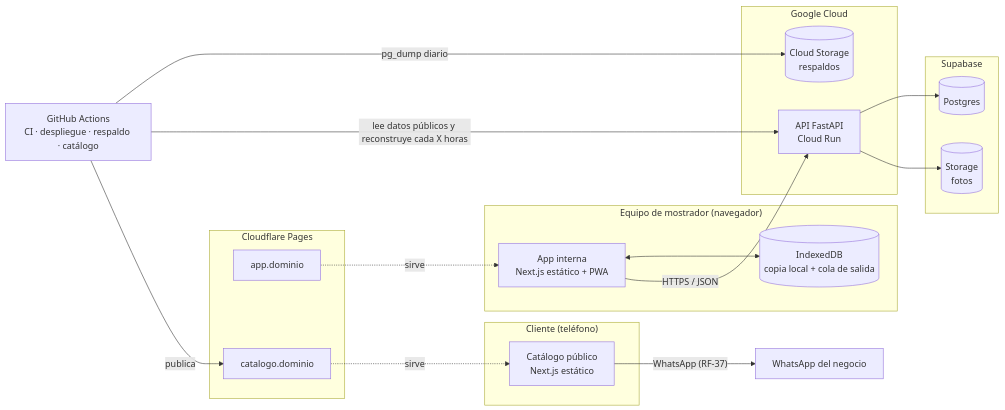
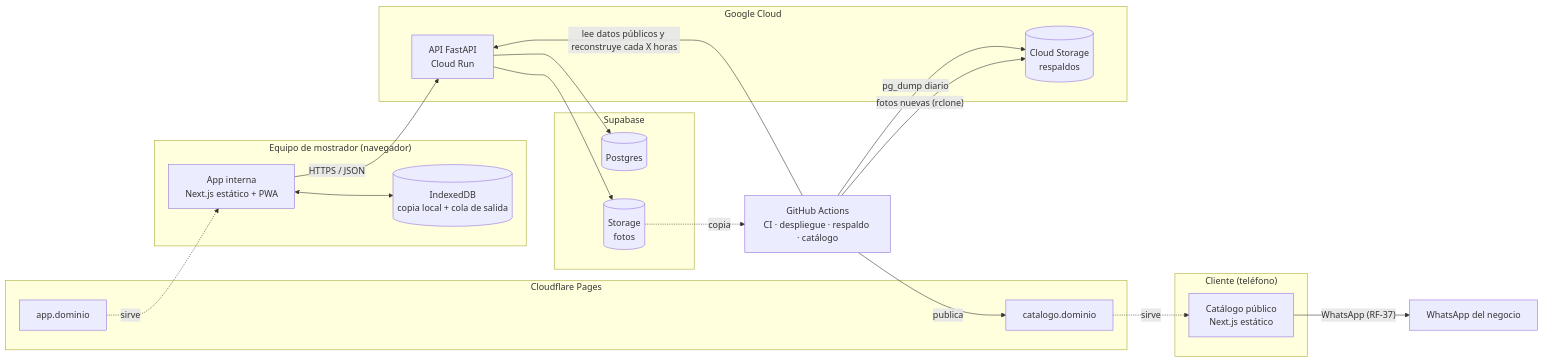
The diagram in docs/arquitectura.md (sherzo/sht-gestion), drawn with Mermaid before and after one commit. The commit also changed other lines of this file and 12 other files, not shown here.

````diff
--- a/docs/arquitectura.md
+++ b/docs/arquitectura.md
@@ -16,39 +16,41 @@
 ```mermaid
 flowchart LR
     subgraph Mostrador["Equipo de mostrador (navegador)"]
         APP["App interna<br/>Next.js estático + PWA"]
         IDB[("IndexedDB<br/>copia local + cola de salida")]
         APP <--> IDB
     end
 
     subgraph Publico["Cliente (teléfono)"]
         CAT["Catálogo público<br/>Next.js estático"]
     end
 
     subgraph Cloudflare["Cloudflare Pages"]
         PAGES_APP["app.dominio"]
         PAGES_CAT["catalogo.dominio"]
     end
 
     subgraph GCP["Google Cloud"]
         API["API FastAPI<br/>Cloud Run"]
         GCS[("Cloud Storage<br/>respaldos")]
     end
 
     subgraph Supabase
         PG[("Postgres")]
         ST[("Storage<br/>fotos")]
     end
 
     GHA["GitHub Actions<br/>CI · despliegue · respaldo · catálogo"]
 
     PAGES_APP -. sirve .-> APP
     PAGES_CAT -. sirve .-> CAT
     APP -- "HTTPS / JSON" --> API
     API --> PG
     API --> ST
     CAT -- "WhatsApp (RF-37)" --> WA["WhatsApp del negocio"]
     GHA -- "pg_dump diario" --> GCS
+    GHA -- "fotos nuevas (rclone)" --> GCS
+    ST -. "copia" .-> GHA
     GHA -- "lee datos públicos y reconstruye cada X horas" --> API
     GHA -- publica --> PAGES_CAT
 ```
````
